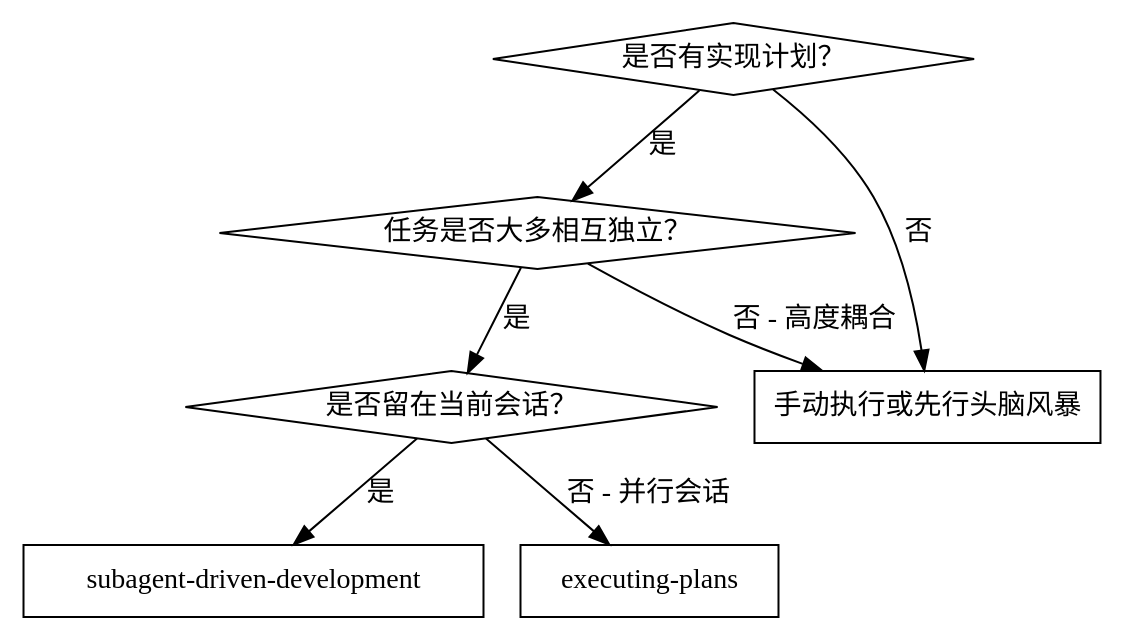
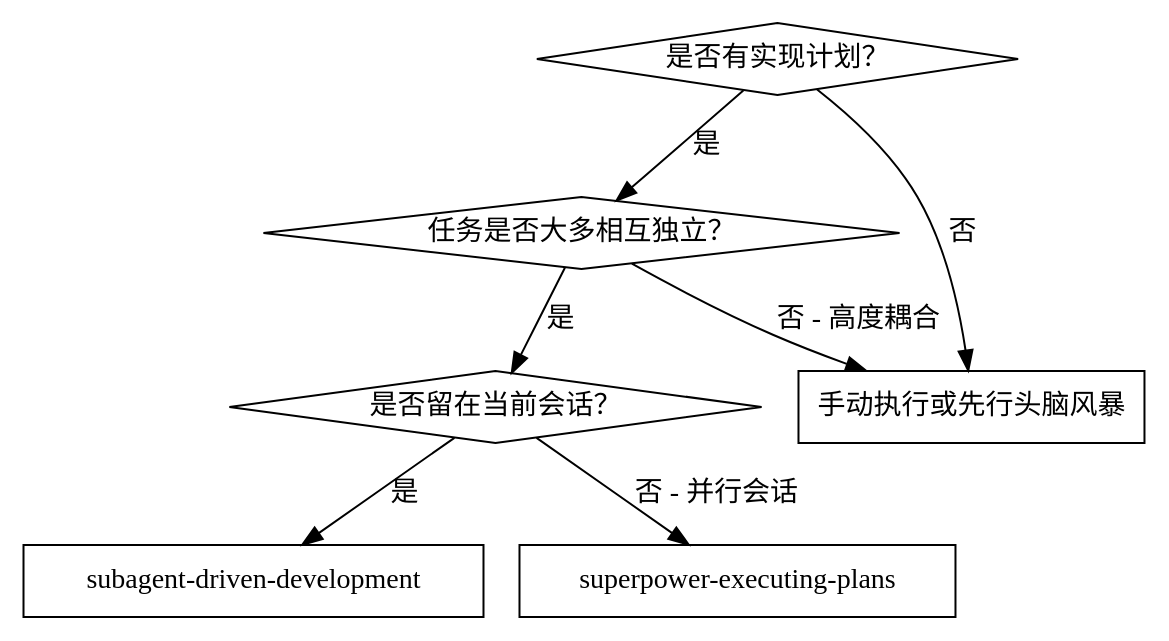
Before and after one commit to Wenaixi/dsh-superpower: the first of 2 diagrams in skills/superpower-subagent-driven-development/SKILL.md, drawn with Graphviz. The commit also changed 13 other files, not shown here.

````diff
--- a/skills/superpower-subagent-driven-development/SKILL.md
+++ b/skills/superpower-subagent-driven-development/SKILL.md
@@ -24,17 +24,17 @@
 ```dot
 digraph when_to_use {
     "是否有实现计划？" [shape=diamond];
     "任务是否大多相互独立？" [shape=diamond];
     "是否留在当前会话？" [shape=diamond];
     "subagent-driven-development" [shape=box];
-    "executing-plans" [shape=box];
+    "superpower-executing-plans" [shape=box];
     "手动执行或先行头脑风暴" [shape=box];
 
     "是否有实现计划？" -> "任务是否大多相互独立？" [label="是"];
     "是否有实现计划？" -> "手动执行或先行头脑风暴" [label="否"];
     "任务是否大多相互独立？" -> "是否留在当前会话？" [label="是"];
     "任务是否大多相互独立？" -> "手动执行或先行头脑风暴" [label="否 - 高度耦合"];
     "是否留在当前会话？" -> "subagent-driven-development" [label="是"];
-    "是否留在当前会话？" -> "executing-plans" [label="否 - 并行会话"];
+    "是否留在当前会话？" -> "superpower-executing-plans" [label="否 - 并行会话"];
 }
 ```
````
